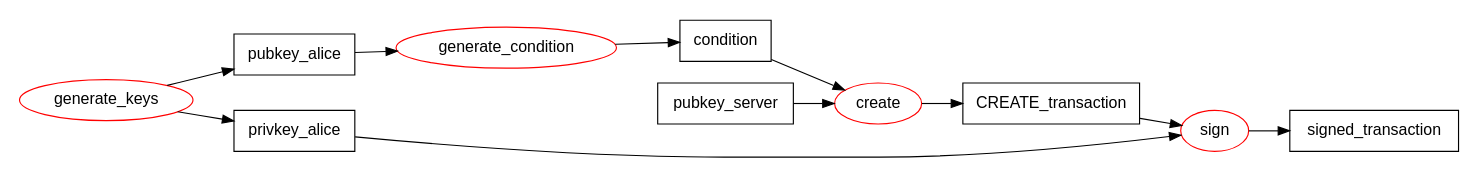
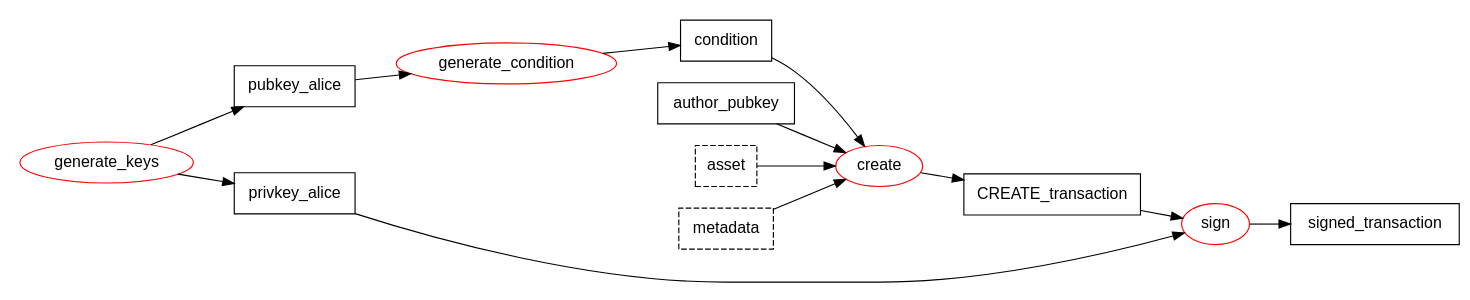
One commit to bigchaindb/bdb-transaction-cli changed the first of 2 diagrams in docs/usage.rst. Above: the diagram before and after it, drawn with Graphviz. The commit also changed other lines of this file and 4 other files, not shown here.

```diff
--- a/docs/usage.rst
+++ b/docs/usage.rst
@@ -18,34 +18,38 @@
 .. graphviz::
 
     digraph CREATE {
 	size = 10;
 	rankdir=LR;
 	node [fontname="helvetica"];
 	node [color=red]
 
 	{ // Inputs (non processes)
 	    node [shape=record]
 	    node [color=black]
 	    condition
 	    pubkey_alice
 	    privkey_alice
-	    pubkey_server
+	    author_pubkey
+            asset [style=dashed]
+            metadata [style=dashed]
 	    CREATE_transaction
 	    signed_transaction
 	}
 	
 	{
 	    pubkey_alice -> generate_condition
 	    generate_condition -> condition
 	    condition -> create
-	    pubkey_server -> create
+	    author_pubkey -> create
+            asset -> create
+            metadata -> create
 	    create -> CREATE_transaction
 	    generate_keys -> pubkey_alice
 	    generate_keys -> privkey_alice
 	    privkey_alice -> sign
 	    CREATE_transaction -> sign
 	    sign -> signed_transaction
 	}
 
 	{ rank=same pubkey_alice privkey_alice }
     }
```
